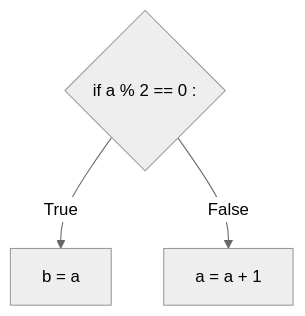
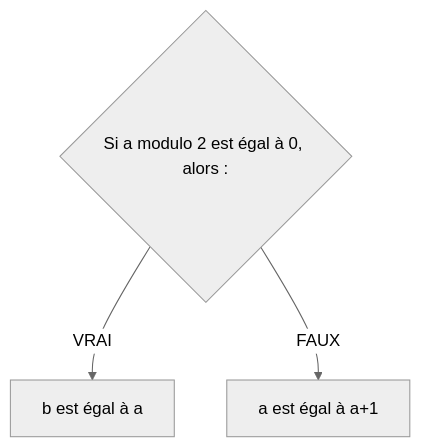
The ninth of 10 diagrams in première/Langages_et_programmation/Constructions_élémentaires/Instructions_conditionnelles.md (boddaert/nsi), drawn with Mermaid (neutral theme) before and after one commit. The commit also changed other lines of this file, not shown here.

````diff
--- a/première/Langages_et_programmation/Constructions_élémentaires/Instructions_conditionnelles.md
+++ b/première/Langages_et_programmation/Constructions_élémentaires/Instructions_conditionnelles.md
@@ -221,6 +221,6 @@
 ```mermaid
   graph TB;
-      A{if a % 2 == 0 :};
-      A--True-->B[b = a];
-      A--False-->C[a = a + 1];
+      A{Si a modulo 2 est égal à 0, alors :};
+      A--VRAI-->B[b est égal à a];
+      A--FAUX-->C[a est égal à a+1];
 ```
````
